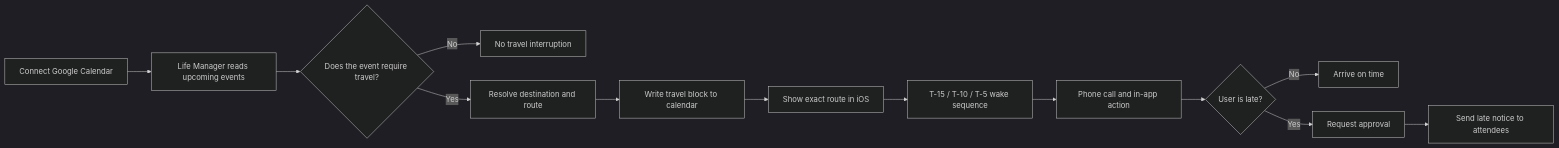
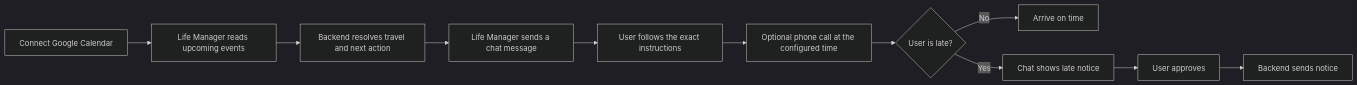
One commit to Daisuke134/anicca changed the first of 2 diagrams in docs/superpowers/specs/2026-08-08-life-manager-ios-spec.md. Above: the diagram before and after it, drawn with Mermaid (dark theme). The commit also changed other lines of this file, not shown here.

Commit message:
Simplify Life Manager iOS to chat-first free experience

````diff
--- a/docs/superpowers/specs/2026-08-08-life-manager-ios-spec.md
+++ b/docs/superpowers/specs/2026-08-08-life-manager-ios-spec.md
@@ -36,15 +36,13 @@
 ```mermaid
 flowchart LR
     A[Connect Google Calendar] --> B[Life Manager reads upcoming events]
-    B --> C{Does the event require travel?}
-    C -->|No| D[No travel interruption]
-    C -->|Yes| E[Resolve destination and route]
-    E --> F[Write travel block to calendar]
-    F --> G[Show exact route in iOS]
-    G --> H[T-15 / T-10 / T-5 wake sequence]
-    H --> I[Phone call and in-app action]
-    I --> J{User is late?}
-    J -->|No| K[Arrive on time]
-    J -->|Yes| L[Request approval]
-    L --> M[Send late notice to attendees]
+    B --> C[Backend resolves travel and next action]
+    C --> D[Life Manager sends a chat message]
+    D --> E[User follows the exact instructions]
+    E --> F[Optional phone call at the configured time]
+    F --> G{User is late?}
+    G -->|No| H[Arrive on time]
+    G -->|Yes| I[Chat shows late notice]
+    I --> J[User approves]
+    J --> K[Backend sends notice]
 ```
````
